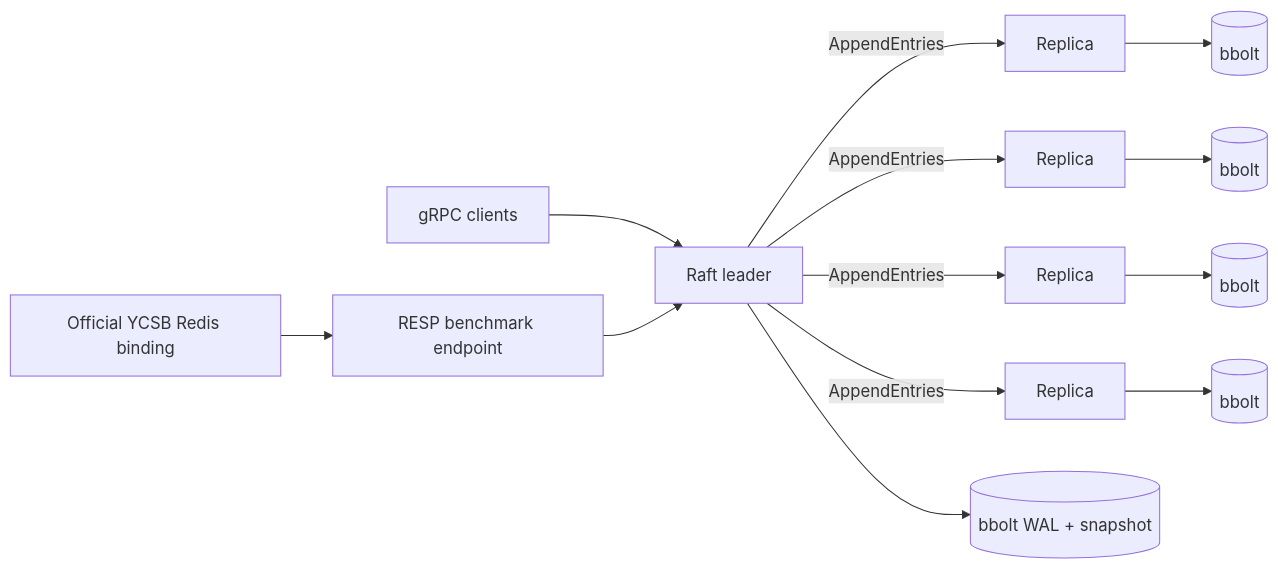
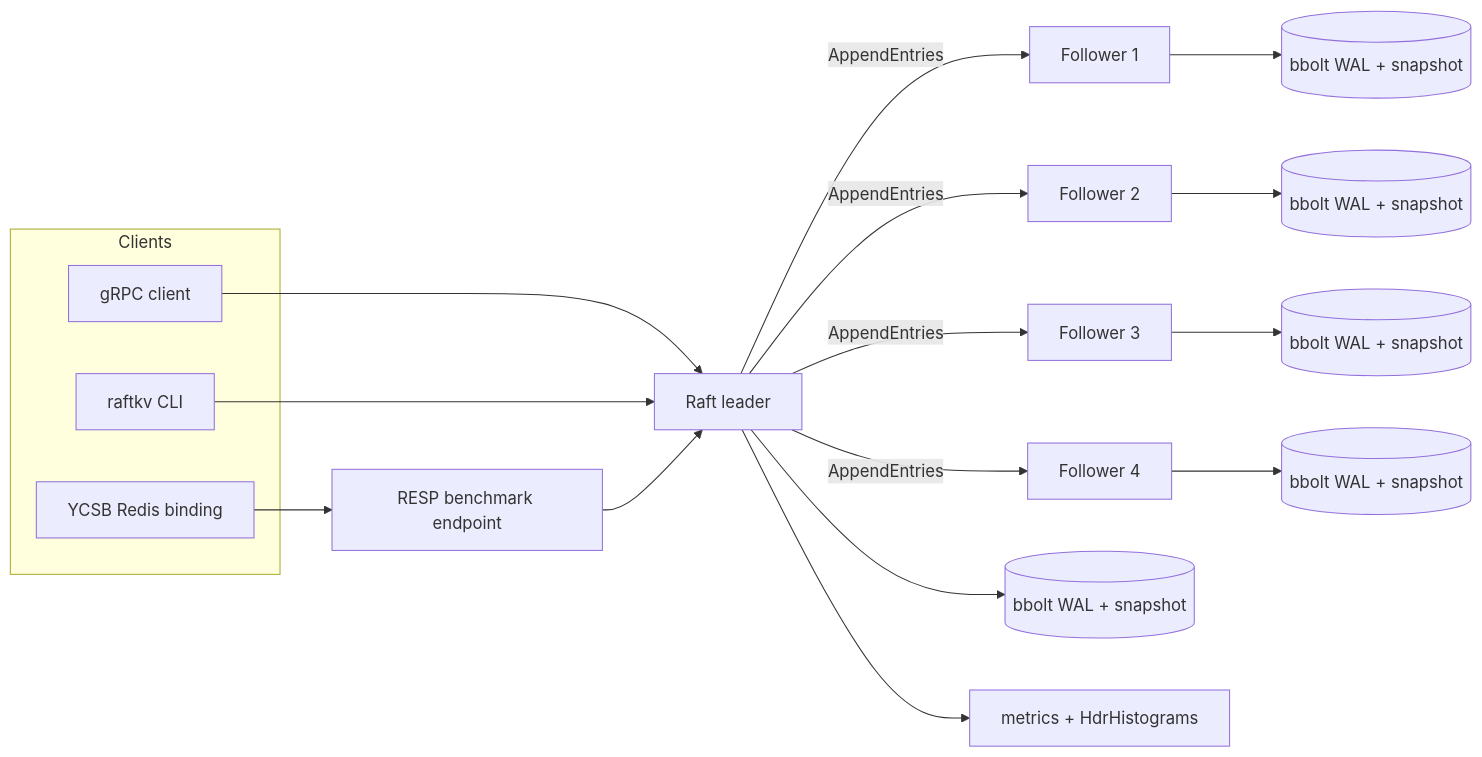
One commit to souvikDevloper/RaftKV changed the diagram in README.md. Above: the diagram before and after it, drawn with Mermaid. The commit also changed other lines of this file and 8 other files, not shown here.

````diff
--- a/README.md
+++ b/README.md
@@ -19,15 +55,26 @@
 ```mermaid
 flowchart LR
-    Y[Official YCSB Redis binding] --> R[RESP benchmark endpoint]
-    G[gRPC clients] --> L[Raft leader]
-    R --> L
-    L -->|AppendEntries| F1[Replica]
-    L -->|AppendEntries| F2[Replica]
-    L -->|AppendEntries| F3[Replica]
-    L -->|AppendEntries| F4[Replica]
-    L --> B1[(bbolt WAL + snapshot)]
-    F1 --> B2[(bbolt)]
-    F2 --> B3[(bbolt)]
-    F3 --> B4[(bbolt)]
-    F4 --> B5[(bbolt)]
+    subgraph Clients
+        C1["gRPC client"]
+        C2["YCSB Redis binding"]
+        C3["raftkv CLI"]
+    end
+
+    C2 --> RESP["RESP benchmark endpoint"]
+    C1 --> Leader["Raft leader"]
+    C3 --> Leader
+    RESP --> Leader
+
+    Leader -->|"AppendEntries"| F1["Follower 1"]
+    Leader -->|"AppendEntries"| F2["Follower 2"]
+    Leader -->|"AppendEntries"| F3["Follower 3"]
+    Leader -->|"AppendEntries"| F4["Follower 4"]
+
+    Leader --> LStore[("bbolt WAL + snapshot")]
+    F1 --> S1[("bbolt WAL + snapshot")]
+    F2 --> S2[("bbolt WAL + snapshot")]
+    F3 --> S3[("bbolt WAL + snapshot")]
+    F4 --> S4[("bbolt WAL + snapshot")]
+
+    Leader --> Metrics["metrics + HdrHistograms"]
 ```
````
